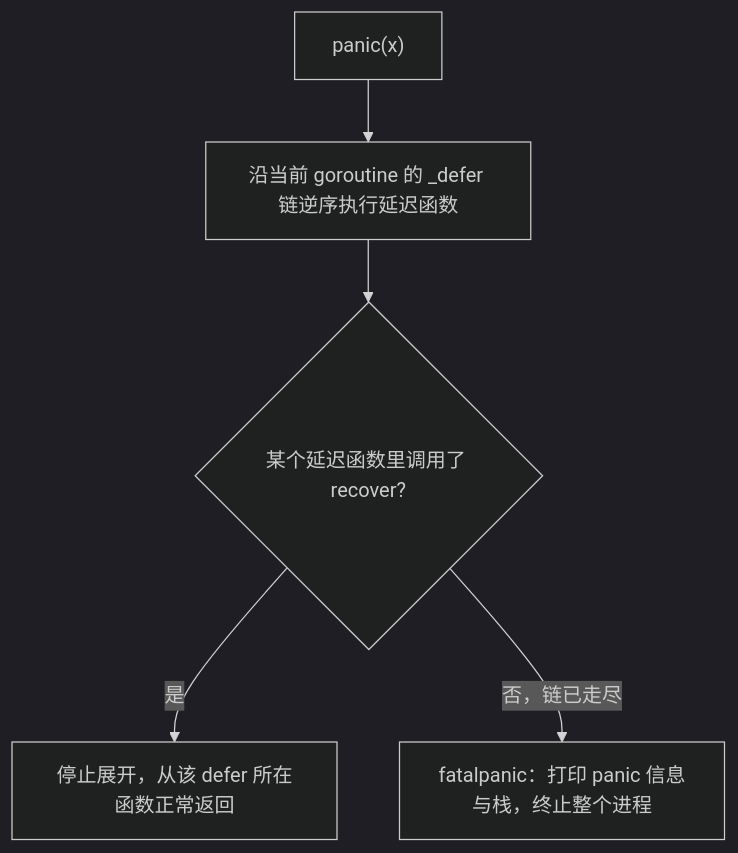
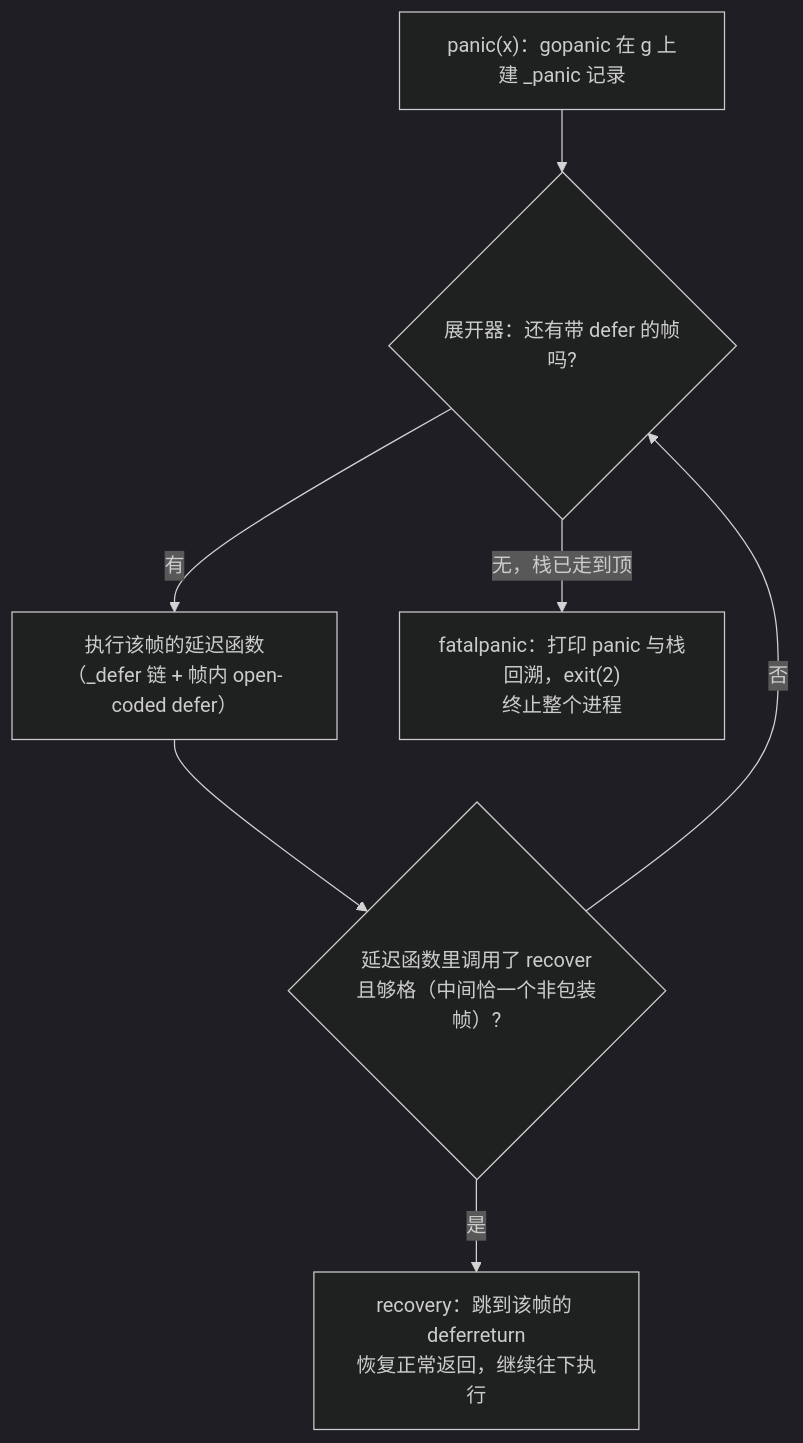
The diagram in book/zh-cn/part2lang/ch06func/panic.md (golang-design/under-the-hood), drawn with Mermaid (dark theme) before and after one commit. The commit also changed other lines of this file and 7 other files, not shown here.

````diff
--- a/book/zh-cn/part2lang/ch06func/panic.md
+++ b/book/zh-cn/part2lang/ch06func/panic.md
@@ -19,7 +173,9 @@
 ```mermaid
 flowchart TD
-    P["panic(x)"] --> W["沿当前 goroutine 的 _defer 链逆序执行延迟函数"]
-    W --> R{某个延迟函数里调用了 recover?}
-    R -->|是| STOP["停止展开，从该 defer 所在函数正常返回"]
-    R -->|否，链已走尽| FATAL["fatalpanic：打印 panic 信息与栈，终止整个进程"]
+	START["panic(x)：gopanic 在 g 上建 _panic 记录"] --> FRAME{展开器：还有带 defer 的帧吗?}
+	FRAME -->|有| RUN["执行该帧的延迟函数<br/>（_defer 链 + 帧内 open-coded defer）"]
+	RUN --> CHK{延迟函数里调用了 recover<br/>且够格（中间恰一个非包装帧）?}
+	CHK -->|是| RECOVERY["recovery：跳到该帧的 deferreturn<br/>恢复正常返回，继续往下执行"]
+	CHK -->|否| FRAME
+	FRAME -->|无，栈已走到顶| FATAL["fatalpanic：打印 panic 与栈回溯，exit(2)<br/>终止整个进程"]
 ```
````
